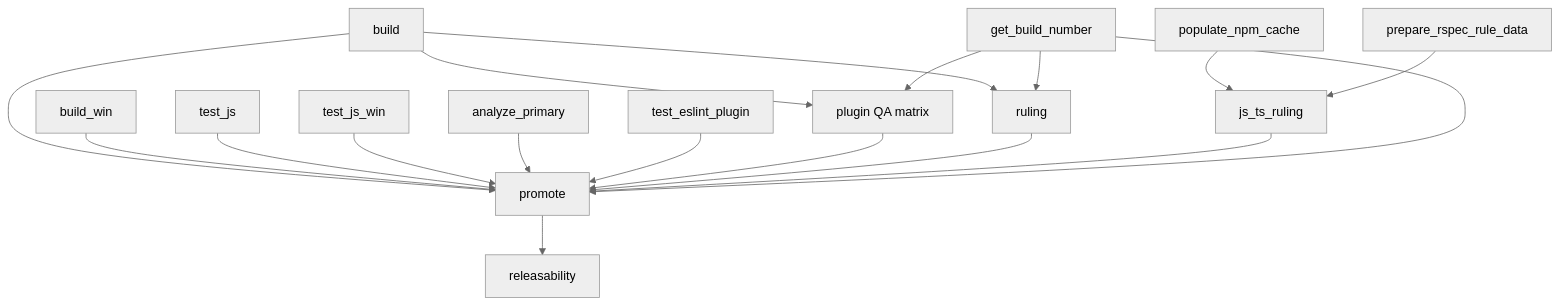
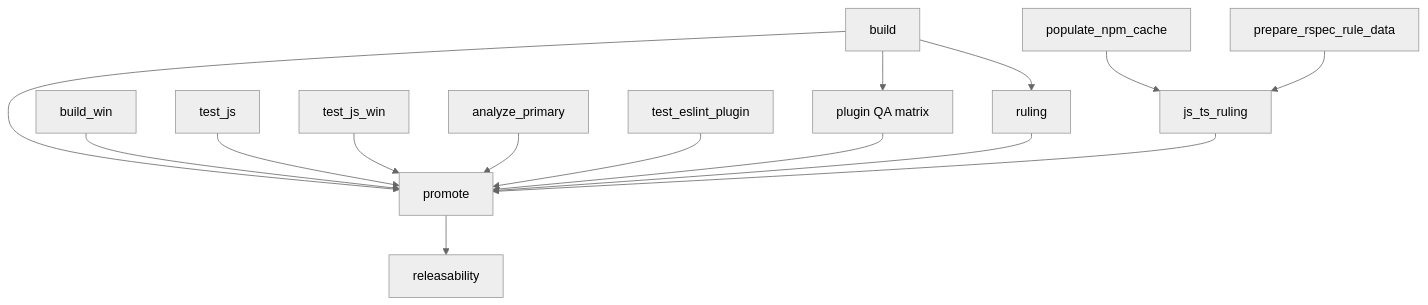
The fourth of 4 diagrams in docs/CI.md (SonarSource/SonarJS), drawn with Mermaid (neutral theme) before and after one commit. The commit also changed other lines of this file and 1 other file, not shown here.

````diff
--- a/docs/CI.md
+++ b/docs/CI.md
@@ -217,24 +208,20 @@
 ```mermaid
 flowchart TD
   build["build"] --> plugin_qa["plugin QA matrix"]
-  get_build_number["get_build_number"] --> plugin_qa
-
   build --> ruling["ruling"]
-  get_build_number --> ruling
 
   populate_npm_cache["populate_npm_cache"] --> js_ts_ruling["js_ts_ruling"]
   prepare_rspec_rule_data["prepare_rspec_rule_data"] --> js_ts_ruling
 
   build --> promote["promote"]
   build_win["build_win"] --> promote
   test_js["test_js"] --> promote
   test_js_win["test_js_win"] --> promote
   analyze_primary["analyze_primary"] --> promote
   test_eslint_plugin["test_eslint_plugin"] --> promote
   plugin_qa --> promote
   ruling --> promote
   js_ts_ruling --> promote
-  get_build_number --> promote
 
   promote --> releasability["releasability"]
 ```
````
